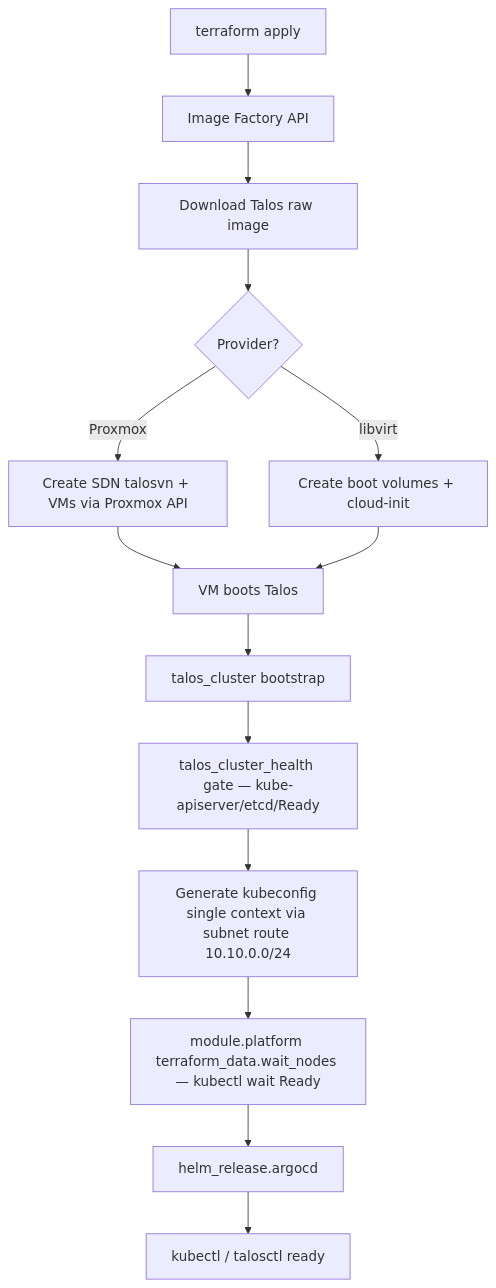
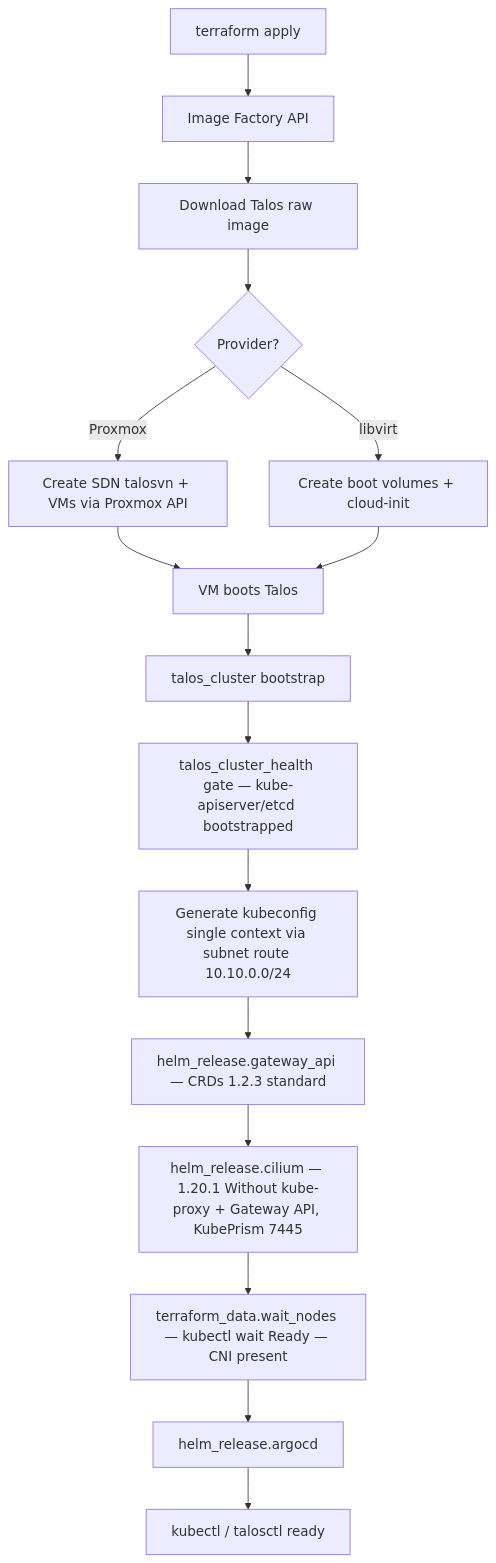
Before and after one commit to Seom88/infra-talos-homelab: the diagram in docs/architecture.md, drawn with Mermaid. The commit also changed other lines of this file and 17 other files, not shown here.

First line of the commit message:
feat(platform): refactor Cilium and Gateway API installation

````diff
--- a/docs/architecture.md
+++ b/docs/architecture.md
@@ -94,19 +94,21 @@
 ```mermaid
 flowchart TD
     A[terraform apply] --> B[Image Factory API]
     B --> C[Download Talos raw image]
     C --> D{Provider?}
 
     D -->|Proxmox| E[Create SDN talosvn + VMs via Proxmox API]
     D -->|libvirt| F[Create boot volumes + cloud-init]
 
     E --> G[VM boots Talos]
     F --> G
 
     G --> H[talos_cluster bootstrap]
-    H --> I[talos_cluster_health gate — kube-apiserver/etcd/Ready]
+    H --> I[talos_cluster_health gate — kube-apiserver/etcd bootstrapped]
     I --> J[Generate kubeconfig single context via subnet route 10.10.0.0/24]
-    J --> K[module.platform terraform_data.wait_nodes — kubectl wait Ready]
-    K --> L[helm_release.argocd]
-    L --> M[kubectl / talosctl ready]
+    J --> K[helm_release.gateway_api — CRDs 1.2.3 standard]
+    K --> L[helm_release.cilium — 1.20.1 Without kube-proxy + Gateway API, KubePrism 7445]
+    L --> M[terraform_data.wait_nodes — kubectl wait Ready — CNI present]
+    M --> N[helm_release.argocd]
+    N --> O[kubectl / talosctl ready]
 ```
````
